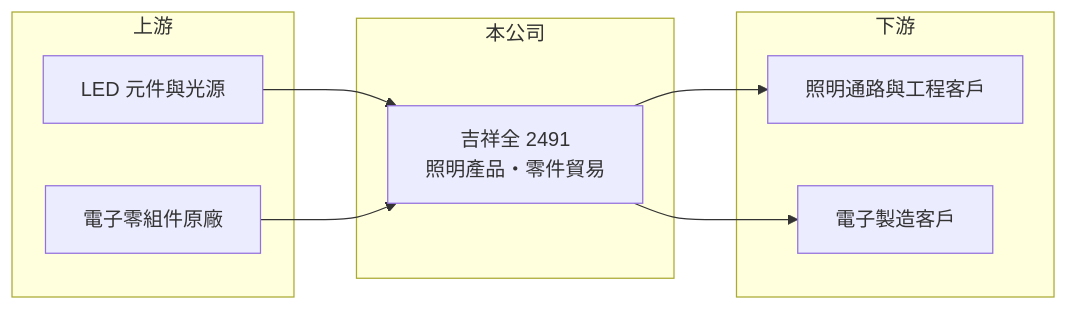
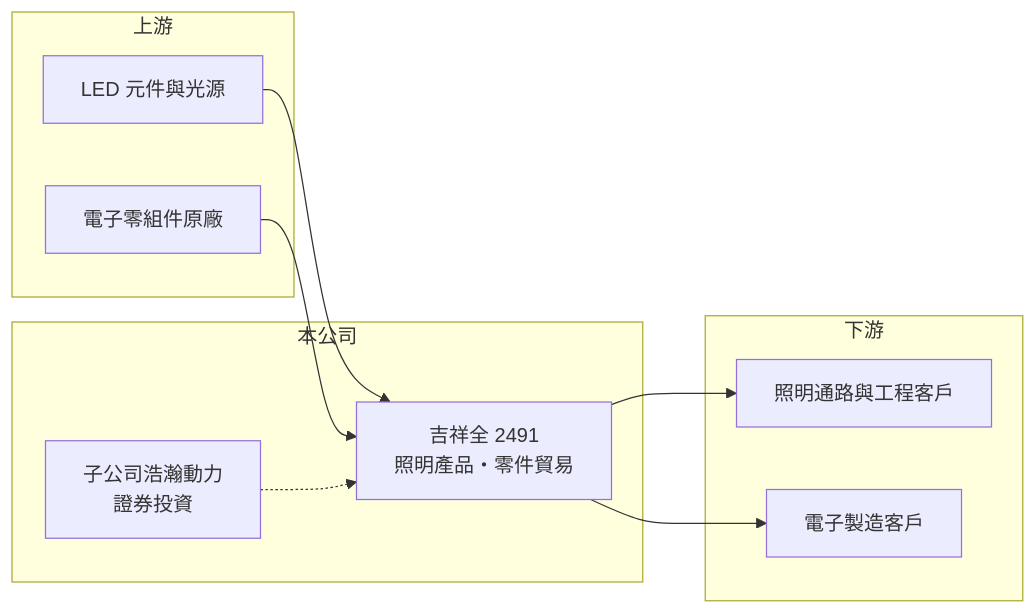
Before and after one commit to wangnick1004/taiwan-stock-vault: the diagram in 個股/台股/2491吉祥全.md, drawn with Mermaid. The commit also changed other lines of this file and 12 other files, not shown here.

````diff
--- a/個股/台股/2491吉祥全.md
+++ b/個股/台股/2491吉祥全.md
@@ -85,18 +103,20 @@
 ```mermaid
 flowchart LR
     subgraph 上游
         A1["LED 元件與光源"]
         A2["電子零組件原廠"]
     end
     subgraph 本公司
         B["吉祥全 2491<br/>照明產品・零件貿易"]
+        B2["子公司浩瀚動力<br/>證券投資"]
     end
     subgraph 下游
         C1["照明通路與工程客戶"]
         C2["電子製造客戶"]
     end
     A1 --> B
     A2 --> B
     B --> C1
     B --> C2
+    B2 -.-> B
 ```
````
